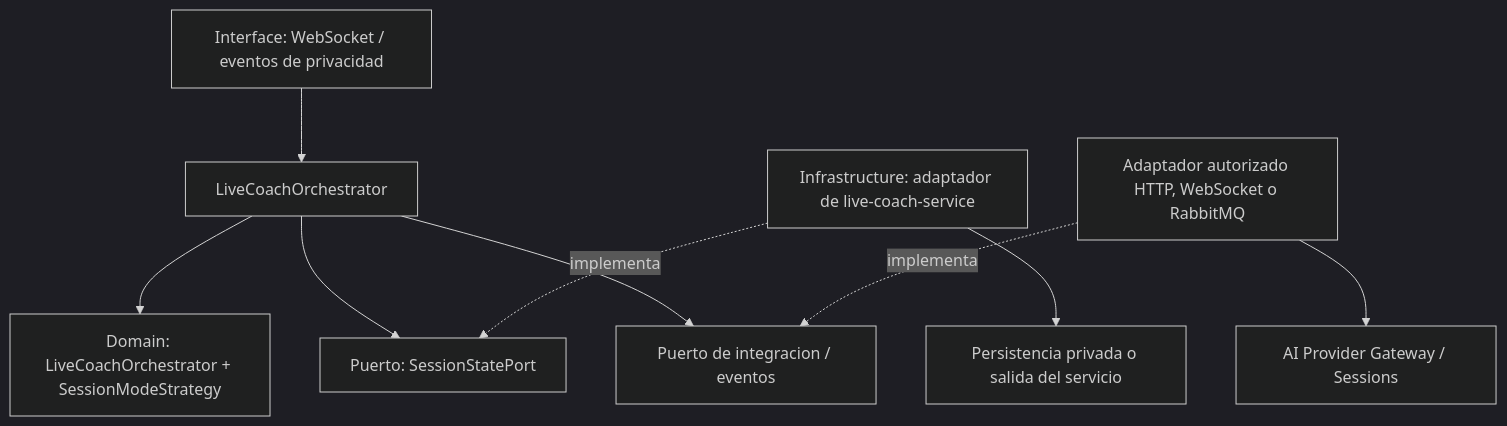
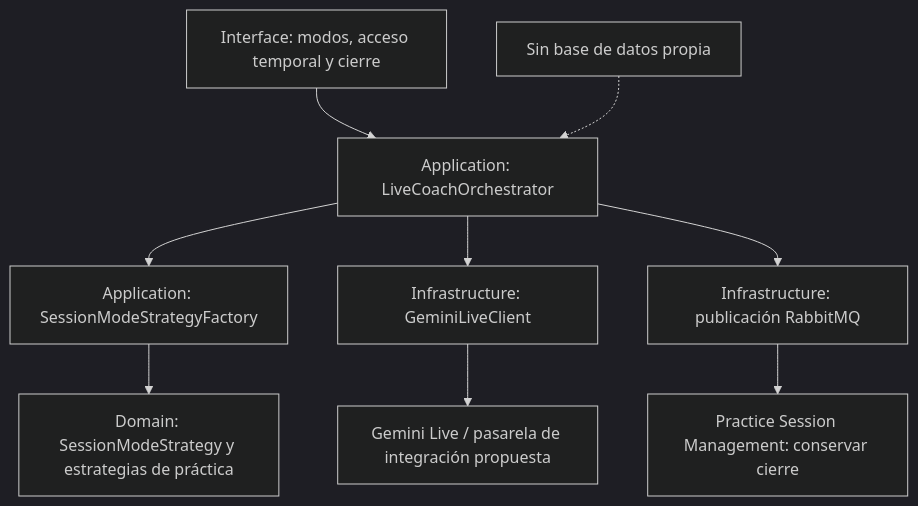
Before and after one commit to upc-pre-202620-si728-16365-thropic/talki-project-report: the diagram in assets/diagrams/tactical/01-live-coaching-components.mmd, drawn with Mermaid (dark theme). The commit also changed 20 other files, not shown here.

```diff
--- a/assets/diagrams/tactical/01-live-coaching-components.mmd
+++ b/assets/diagrams/tactical/01-live-coaching-components.mmd
@@ -1,9 +1,9 @@
 flowchart TB
-    input["Interface: WebSocket / eventos de privacidad"] --> app["LiveCoachOrchestrator"]
-    app --> domain["Domain: LiveCoachOrchestrator + SessionModeStrategy"]
-    app --> port["Puerto: SessionStatePort"]
-    adapter["Infrastructure: adaptador de live-coach-service"] -. implementa .-> port
-    adapter --> resource["Persistencia privada o salida del servicio"]
-    app --> integration["Puerto de integracion / eventos"]
-    infrastructure["Adaptador autorizado HTTP, WebSocket o RabbitMQ"] -. implementa .-> integration
-    infrastructure --> external["AI Provider Gateway / Sessions"]
+  input["Interface: modos, acceso temporal y cierre"] --> app["Application: LiveCoachOrchestrator"]
+  app --> factory["Application: SessionModeStrategyFactory"]
+  factory --> strategy["Domain: SessionModeStrategy y estrategias de práctica"]
+  app --> client["Infrastructure: GeminiLiveClient"]
+  client --> provider["Gemini Live / pasarela de integración propuesta"]
+  app --> events["Infrastructure: publicación RabbitMQ"]
+  events --> sessions["Practice Session Management: conservar cierre"]
+  note["Sin base de datos propia"] -.-> app
```
